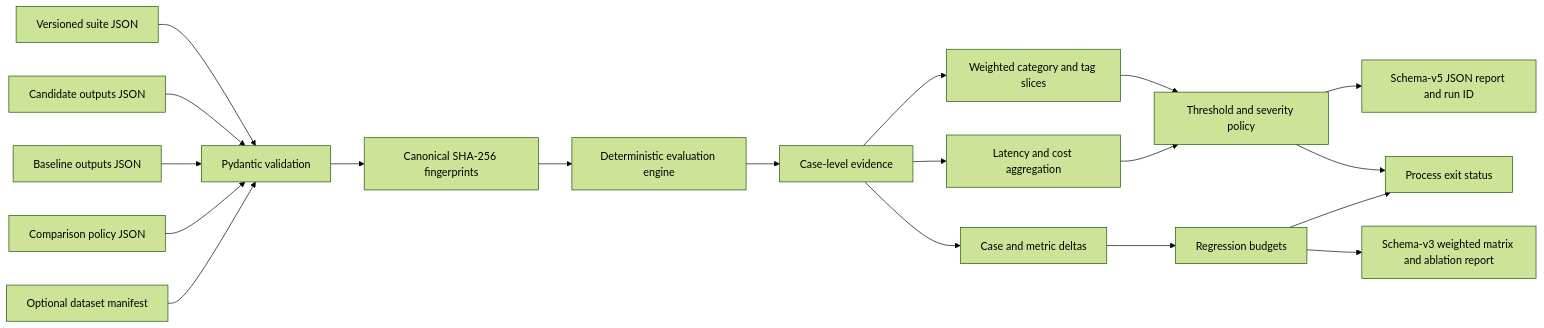
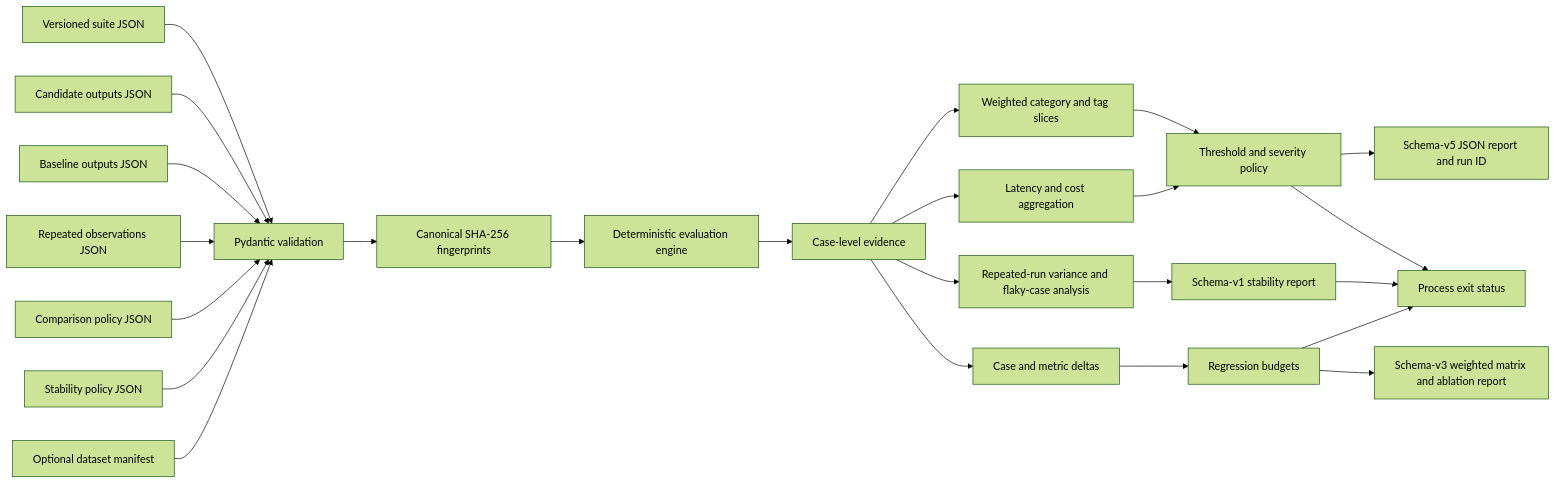
One commit to navaneeth9908/evalforge changed the first of 2 diagrams in docs/architecture.md. Above: the diagram before and after it, drawn with Mermaid (forest theme). The commit also changed other lines of this file and 10 other files, not shown here.

````diff
--- a/docs/architecture.md
+++ b/docs/architecture.md
@@ -7,21 +7,26 @@
 ```mermaid
 flowchart LR
     S[Versioned suite JSON] --> V[Pydantic validation]
     O[Candidate outputs JSON] --> V
     B[Baseline outputs JSON] --> V
+    N[Repeated observations JSON] --> V
     C[Comparison policy JSON] --> V
+    Y[Stability policy JSON] --> V
     M[Optional dataset manifest] --> V
     V --> H[Canonical SHA-256 fingerprints]
     H --> E[Deterministic evaluation engine]
     E --> R[Case-level evidence]
     R --> W[Weighted category and tag slices]
     R --> P[Latency and cost aggregation]
+    R --> T[Repeated-run variance and flaky-case analysis]
     W --> G[Threshold and severity policy]
     P --> G
     G --> J[Schema-v5 JSON report and run ID]
     G --> X[Process exit status]
     R --> D[Case and metric deltas]
     D --> Q[Regression budgets]
     Q --> A[Schema-v3 weighted matrix and ablation report]
+    T --> Z[Schema-v1 stability report]
+    Z --> X
     Q --> X
 ```
````
